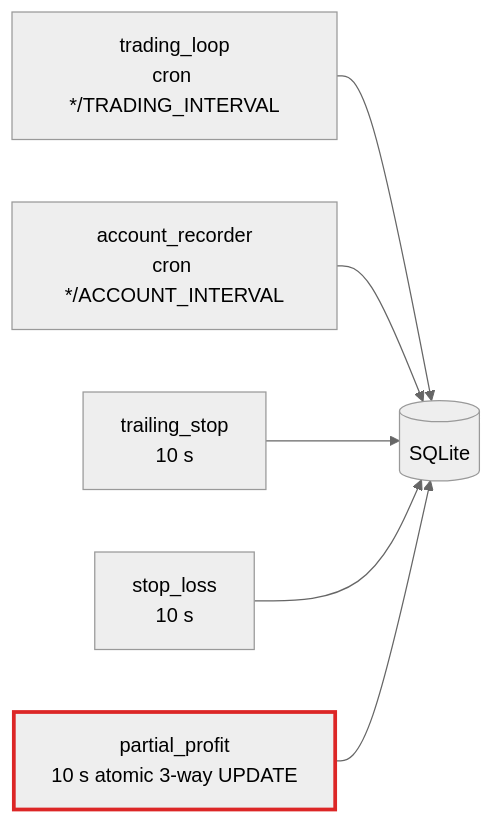
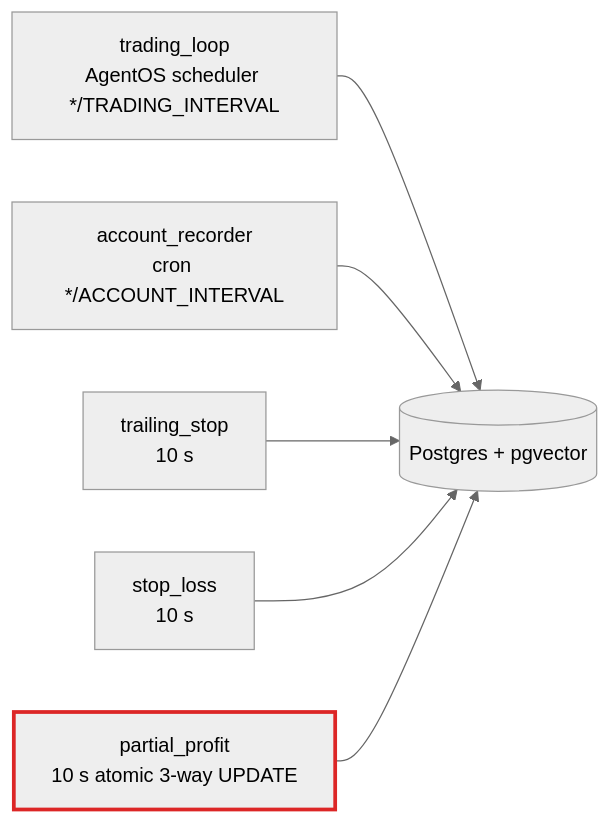
Before and after one commit to gong1414/omnitrade: the second of 2 diagrams in README.md, drawn with Mermaid (neutral theme). The commit also changed other lines of this file and 5 other files, not shown here.

First line of the commit message:
docs: refresh CLAUDE.md + READMEs + ARCHITECTURE for post-cutover state

````diff
--- a/README.md
+++ b/README.md
@@ -250,9 +250,9 @@
 ```mermaid
 flowchart LR
-    L1[trading_loop<br/>cron */TRADING_INTERVAL] --> DB[(SQLite)]
+    L1[trading_loop<br/>AgentOS scheduler */TRADING_INTERVAL] --> DB[(Postgres + pgvector)]
     L2[account_recorder<br/>cron */ACCOUNT_INTERVAL] --> DB
     L3[trailing_stop<br/>10 s] --> DB
     L4[stop_loss<br/>10 s] --> DB
     L5[partial_profit<br/>10 s atomic 3-way UPDATE] --> DB
     style L5 stroke:#dc2626,stroke-width:3px
 ```
````
